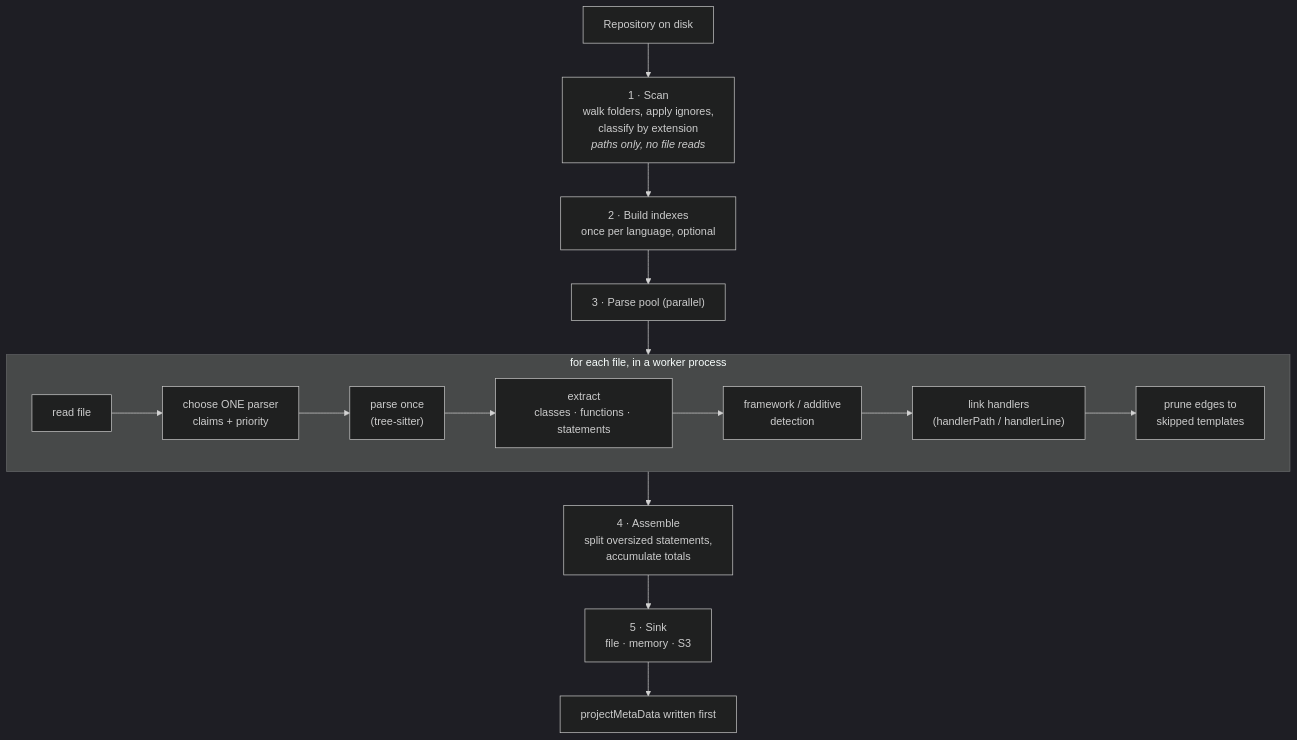
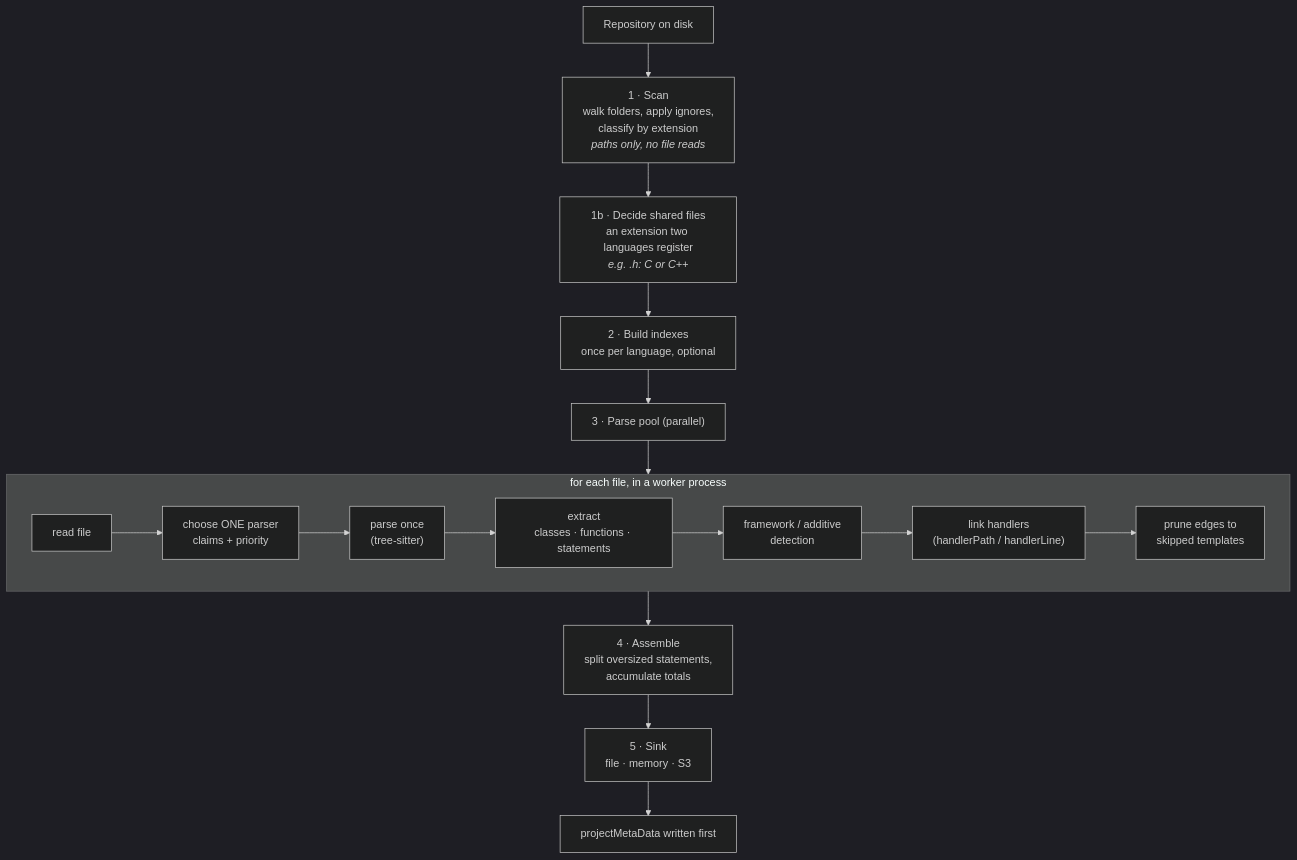
The second of 9 diagrams in docs/architecture.md (accionlabs/breezeai-cog), drawn with Mermaid (dark theme) before and after one commit. The commit also changed other lines of this file and 15 other files, not shown here.

````diff
--- a/docs/architecture.md
+++ b/docs/architecture.md
@@ -125,13 +125,14 @@
 ```mermaid
 flowchart TD
   A[Repository on disk] --> B["1 · Scan<br/>walk folders, apply ignores,<br/>classify by extension<br/><i>paths only, no file reads</i>"]
-  B --> C["2 · Build indexes<br/>once per language, optional"]
+  B --> O["1b · Decide shared files<br/>an extension two languages register<br/><i>e.g. .h: C or C++</i>"]
+  O --> C["2 · Build indexes<br/>once per language, optional"]
   C --> D["3 · Parse pool (parallel)"]
   subgraph D3 [" for each file, in a worker process "]
     D1[read file] --> D2["choose ONE parser<br/>claims + priority"] --> D4["parse once<br/>(tree-sitter)"] --> D5["extract<br/>classes · functions · statements"] --> D6["framework / additive<br/>detection"] --> D8["link handlers<br/>(handlerPath / handlerLine)"] --> D7[prune edges to<br/>skipped templates]
   end
   D --> D3
   D3 --> E["4 · Assemble<br/>split oversized statements,<br/>accumulate totals"]
   E --> F["5 · Sink<br/>file · memory · S3"]
   F --> G[projectMetaData written first]
 ```
````
